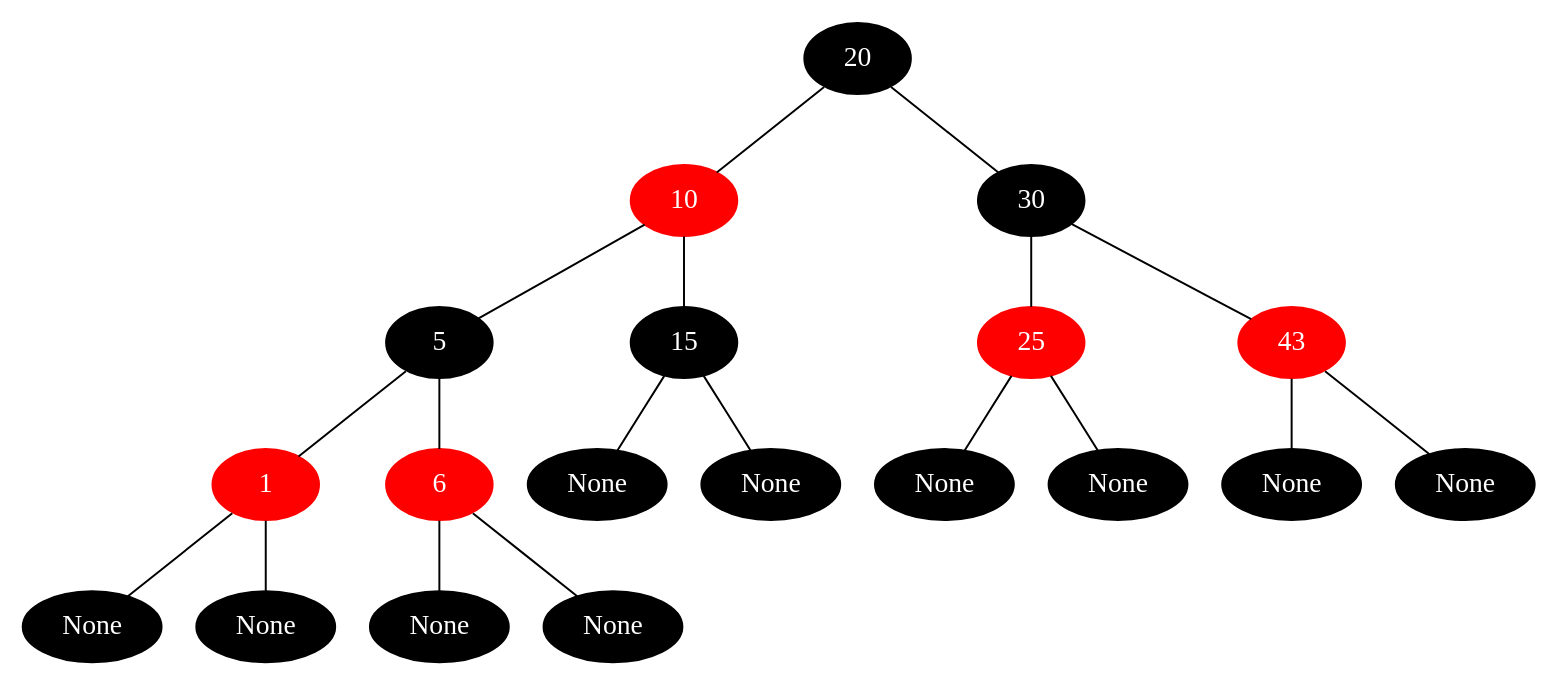
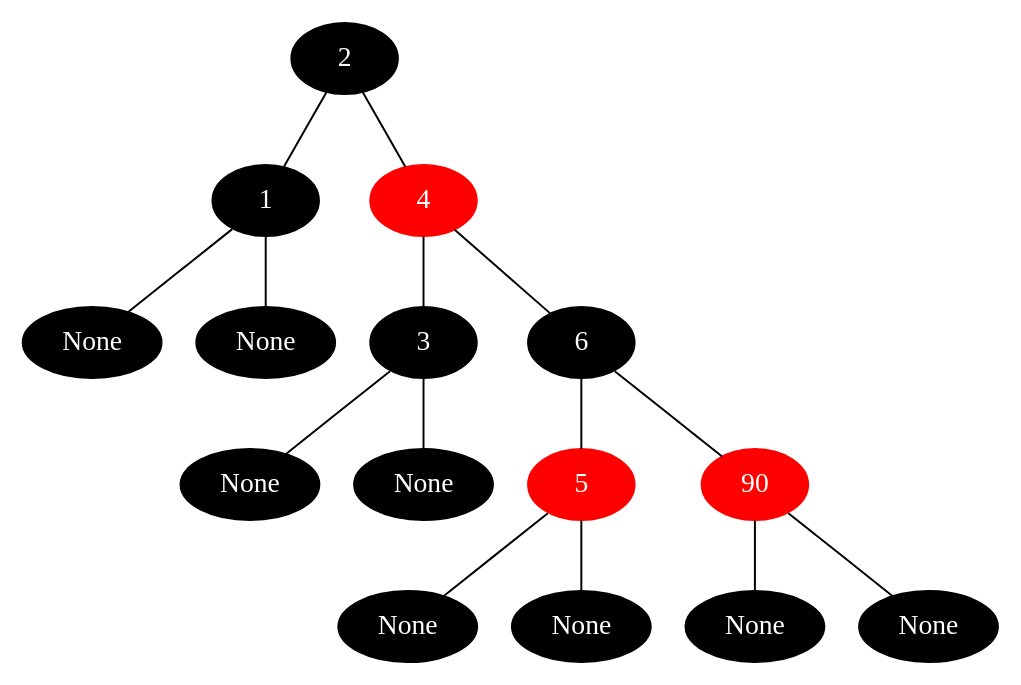
The diagram in src/rbt/rbt.dot (UofA522/Project2), drawn with Graphviz before and after one commit. The commit also changed 20 other files, not shown here.

```diff
--- a/src/rbt/rbt.dot
+++ b/src/rbt/rbt.dot
@@ -1,39 +1,31 @@
 graph {
-	 0 [label="20", color=black, style=filled, fontcolor=white];
-	 1 [label="10", color=red, style=filled, fontcolor=white];
-	 2 [label="5", color=black, style=filled, fontcolor=white];
-	 3 [label="1", color=red, style=filled, fontcolor=white];
-	 4 [label="None", color=black, style=filled, fontcolor=white];
-	 5 [label="None", color=black, style=filled, fontcolor=white];
-	 6 [label="6", color=red, style=filled, fontcolor=white];
+	 0 [label="2", color=black, style=filled, fontcolor=white];
+	 1 [label="1", color=black, style=filled, fontcolor=white];
+	 2 [label="None", color=black, style=filled, fontcolor=white];
+	 3 [label="None", color=black, style=filled, fontcolor=white];
+	 4 [label="4", color=red, style=filled, fontcolor=white];
+	 5 [label="3", color=black, style=filled, fontcolor=white];
+	 6 [label="None", color=black, style=filled, fontcolor=white];
 	 7 [label="None", color=black, style=filled, fontcolor=white];
-	 8 [label="None", color=black, style=filled, fontcolor=white];
-	 9 [label="15", color=black, style=filled, fontcolor=white];
+	 8 [label="6", color=black, style=filled, fontcolor=white];
+	 9 [label="5", color=red, style=filled, fontcolor=white];
 	 10 [label="None", color=black, style=filled, fontcolor=white];
 	 11 [label="None", color=black, style=filled, fontcolor=white];
-	 12 [label="30", color=black, style=filled, fontcolor=white];
-	 13 [label="25", color=red, style=filled, fontcolor=white];
+	 12 [label="90", color=red, style=filled, fontcolor=white];
+	 13 [label="None", color=black, style=filled, fontcolor=white];
 	 14 [label="None", color=black, style=filled, fontcolor=white];
-	 15 [label="None", color=black, style=filled, fontcolor=white];
-	 16 [label="43", color=red, style=filled, fontcolor=white];
-	 17 [label="None", color=black, style=filled, fontcolor=white];
-	 18 [label="None", color=black, style=filled, fontcolor=white];
 	 0 -- 1;
 	 1 -- 2;
-	 2 -- 3;
-	 3 -- 4;
-	 3 -- 5;
-	 2 -- 6;
-	 6 -- 7;
-	 6 -- 8;
-	 1 -- 9;
+	 1 -- 3;
+	 0 -- 4;
+	 4 -- 5;
+	 5 -- 6;
+	 5 -- 7;
+	 4 -- 8;
+	 8 -- 9;
 	 9 -- 10;
 	 9 -- 11;
-	 0 -- 12;
+	 8 -- 12;
 	 12 -- 13;
-	 13 -- 14;
-	 13 -- 15;
-	 12 -- 16;
-	 16 -- 17;
-	 16 -- 18;
+	 12 -- 14;
 }
```
